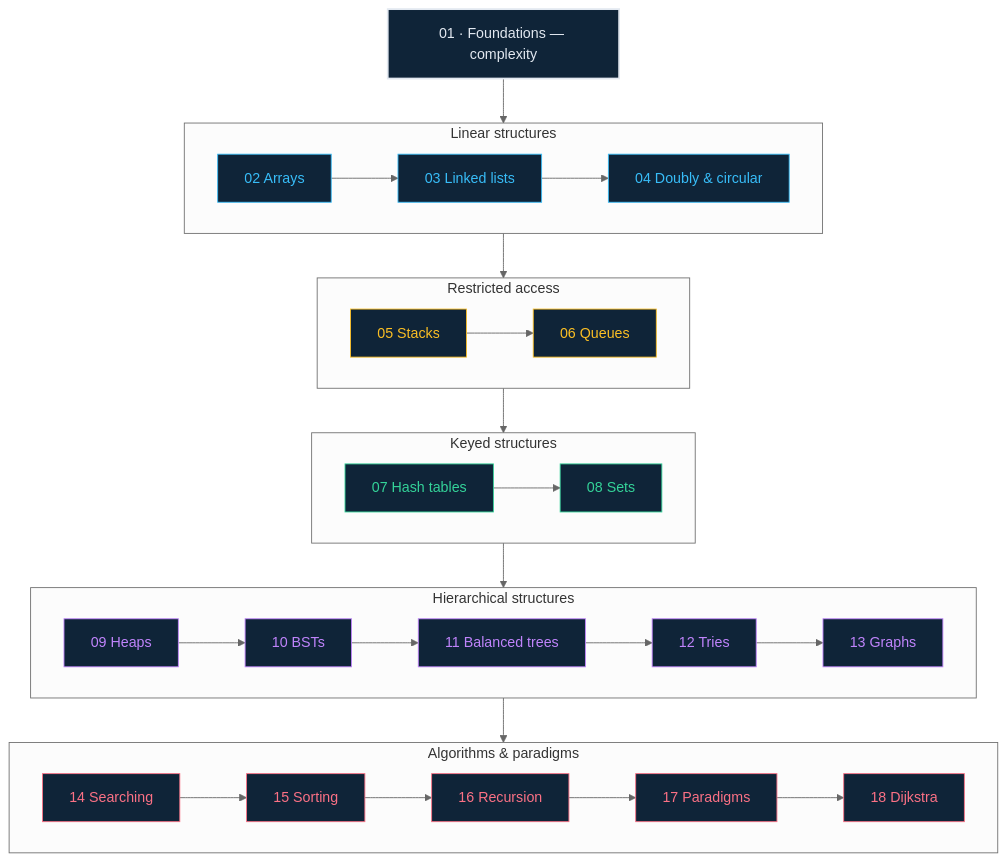
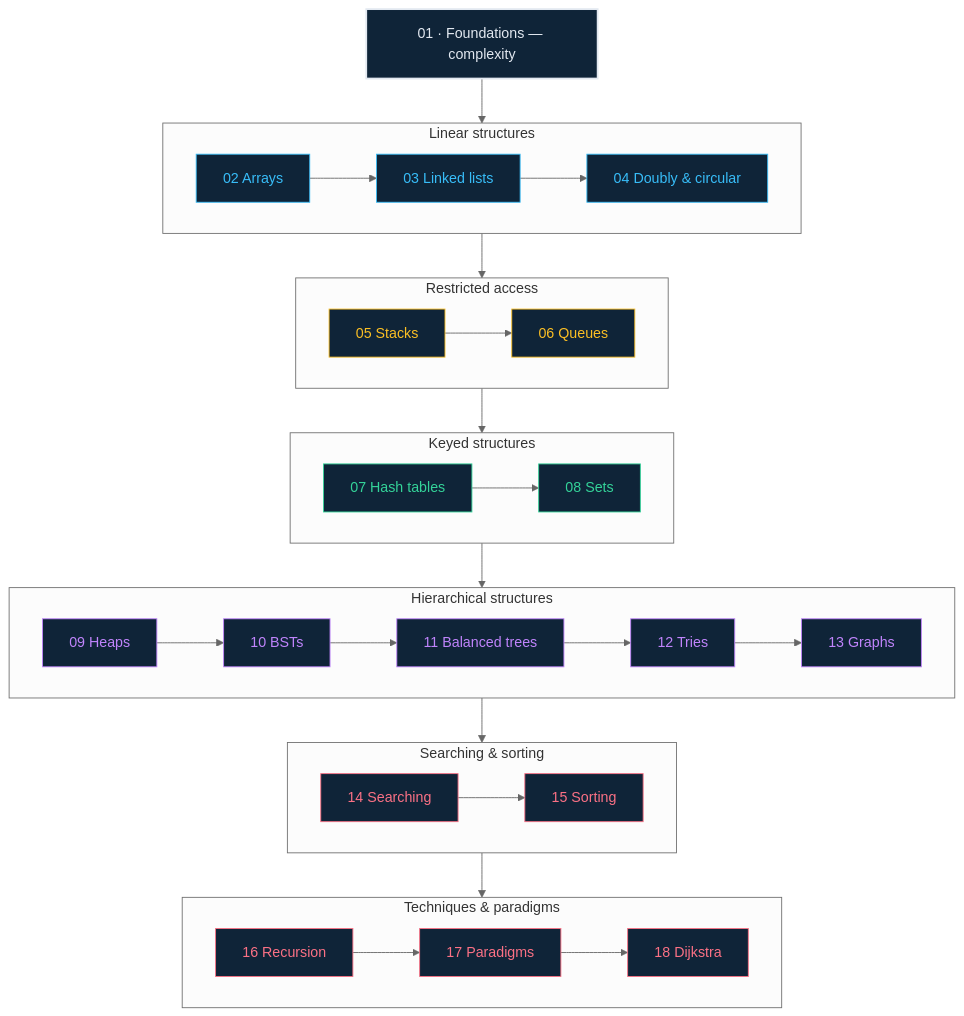
The diagram in README.md (rajeshgoyalg/Learn-Data-Structures-and-Algorithms-Visually), drawn with Mermaid (neutral theme) before and after one commit.

Commit message:
Keep the last learning-path row clear of GitHub's Mermaid controls
GitHub overlays pan/zoom buttons on the bottom-right of every rendered
Mermaid block, which clipped the '18 Dijkstra' node. Split the five-node
algorithms row into 'Searching & sorting' and 'Techniques & paradigms',
so the final row is three nodes and sits clear of the overlay.

````diff
--- a/README.md
+++ b/README.md
@@ -38,44 +38,49 @@
 ```mermaid
 flowchart TD
   F["01 · Foundations — complexity"]
 
   subgraph LIN["Linear structures"]
     direction LR
     A["02 Arrays"] --> L["03 Linked lists"] --> V["04 Doubly & circular"]
   end
 
   subgraph RES["Restricted access"]
     direction LR
     S["05 Stacks"] --> Q["06 Queues"]
   end
 
   subgraph KEY["Keyed structures"]
     direction LR
     H["07 Hash tables"] --> E["08 Sets"]
   end
 
   subgraph HIER["Hierarchical structures"]
     direction LR
     P["09 Heaps"] --> B["10 BSTs"] --> T["11 Balanced trees"] --> R["12 Tries"] --> G["13 Graphs"]
   end
 
-  subgraph ALGO["Algorithms & paradigms"]
+  subgraph ALGO["Searching & sorting"]
     direction LR
-    SE["14 Searching"] --> SO["15 Sorting"] --> RE["16 Recursion"] --> PA["17 Paradigms"] --> DJ["18 Dijkstra"]
+    SE["14 Searching"] --> SO["15 Sorting"]
   end
 
-  F --> LIN --> RES --> KEY --> HIER --> ALGO
+  subgraph TECH["Techniques & paradigms"]
+    direction LR
+    RE["16 Recursion"] --> PA["17 Paradigms"] --> DJ["18 Dijkstra"]
+  end
+
+  F --> LIN --> RES --> KEY --> HIER --> ALGO --> TECH
 
   classDef found fill:#0f2438,stroke:#e2e8f0,stroke-width:2px,color:#e2e8f0
   classDef lin fill:#0f2438,stroke:#38bdf8,color:#38bdf8
   classDef res fill:#0f2438,stroke:#fbbf24,color:#fbbf24
   classDef key fill:#0f2438,stroke:#34d399,color:#34d399
   classDef hier fill:#0f2438,stroke:#c084fc,color:#c084fc
   classDef algo fill:#0f2438,stroke:#fb7185,color:#fb7185
   class F found
   class A,L,V lin
   class S,Q res
   class H,E key
   class P,B,T,R,G hier
   class SE,SO,RE,PA,DJ algo
 ```
````
